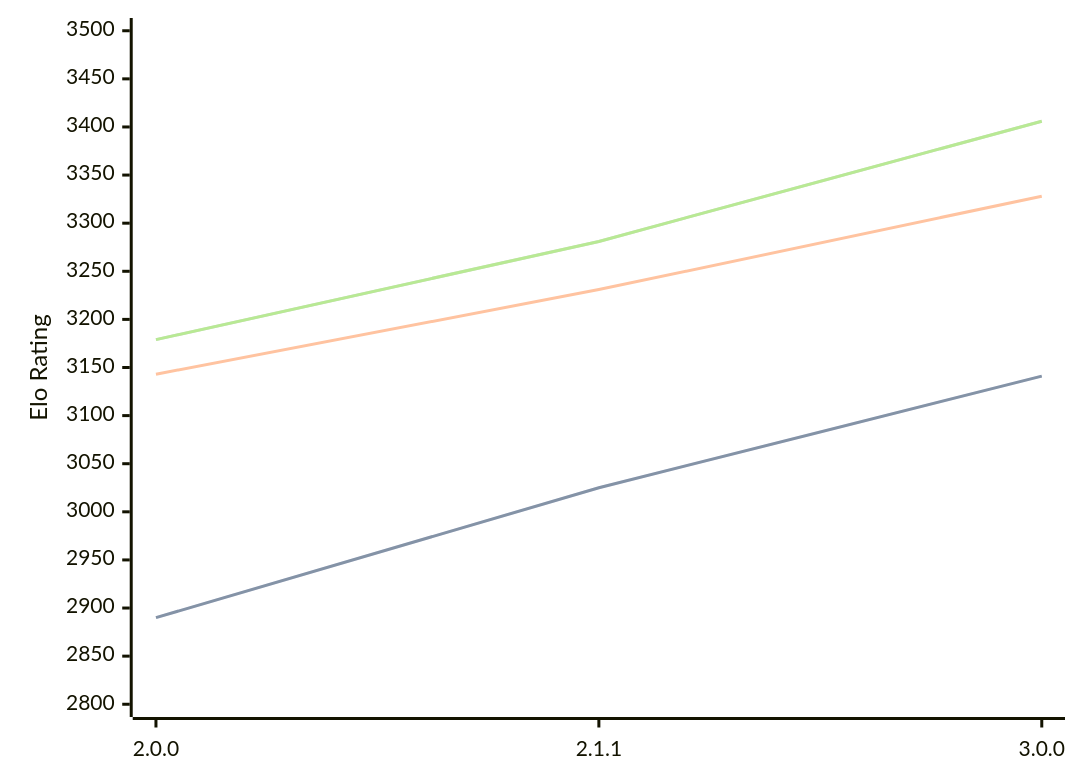
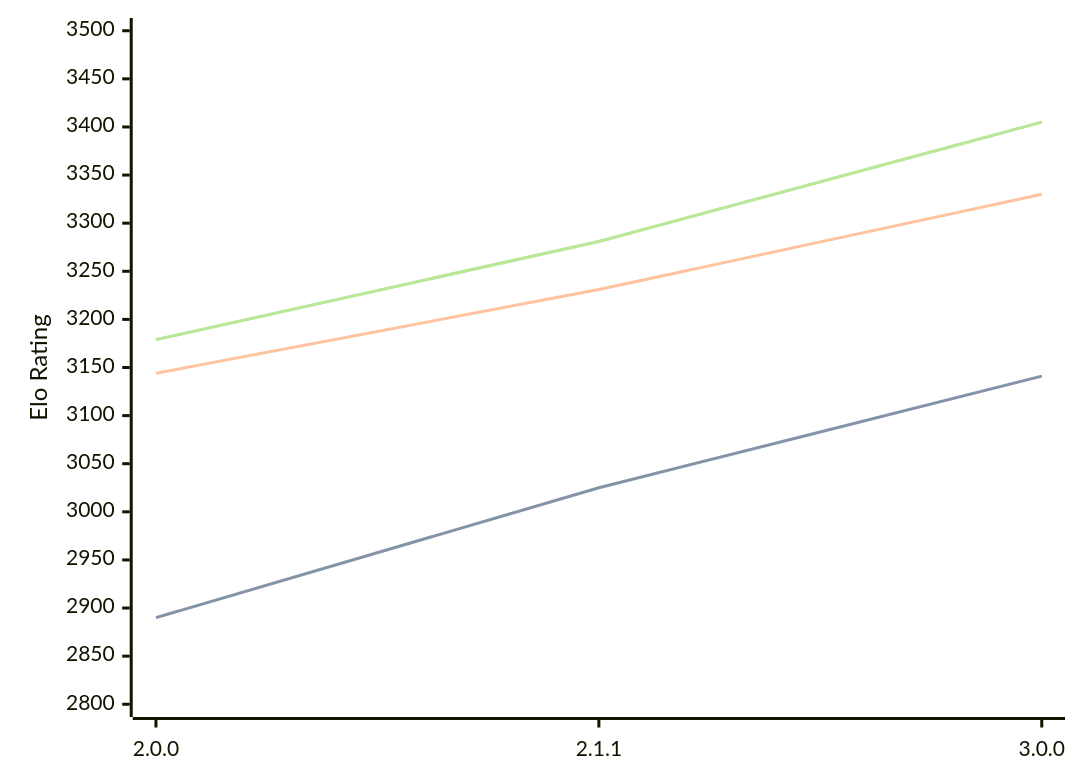
One commit to computer-chess-index/cci changed the diagram in engines/Bread.md. Above: the diagram before and after it, drawn with Mermaid. The commit also changed other lines of this file, not shown here.

Commit message:
Update CCI Ratings (ELO VLTC) - 2026-03-21

````diff
--- a/engines/Bread.md
+++ b/engines/Bread.md
@@ -51,11 +51,11 @@
 ```mermaid
 %%{init: {"theme":"base","themeVariables":{"seriesColors:['#a3a3a3','#222221','#faa371']}}}%%
 xychart-beta
   x-axis ["2.0.0", "2.1.1", "3.0.0"]
   y-axis "Elo Rating" 2800 --> 3500
   line "STC (8.0+0.08s)" [2890, 3025, 3141]
   line "STC (8.0+0.08s)" [2890, 3025, 3141]
-  line "LTC (60.0+0.60s)" [3143, 3231, 3328]
-  line "VLTC (2m24s+1.12s)" [3179, 3281, 3406]
-  line "VLTC (2m24s+1.12s)" [3179, 3281, 3406]
+  line "LTC (60.0+0.60s)" [3144, 3231, 3330]
+  line "VLTC (2m24s+1.12s)" [3179, 3281, 3405]
+  line "VLTC (2m24s+1.12s)" [3179, 3281, 3405]
 ```
````
